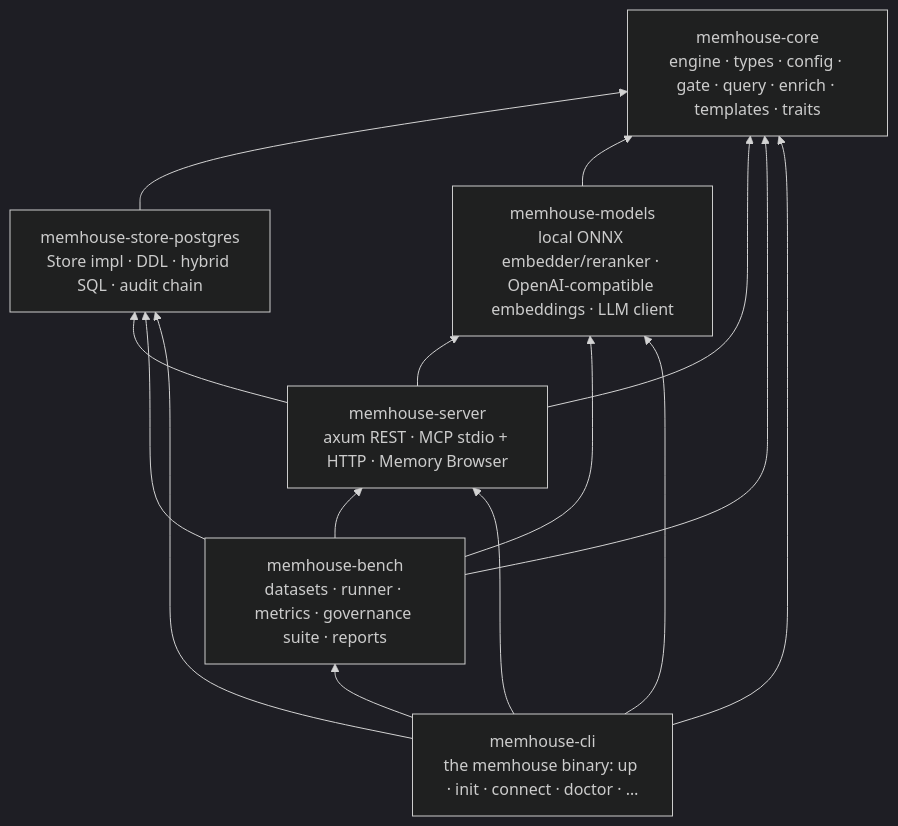
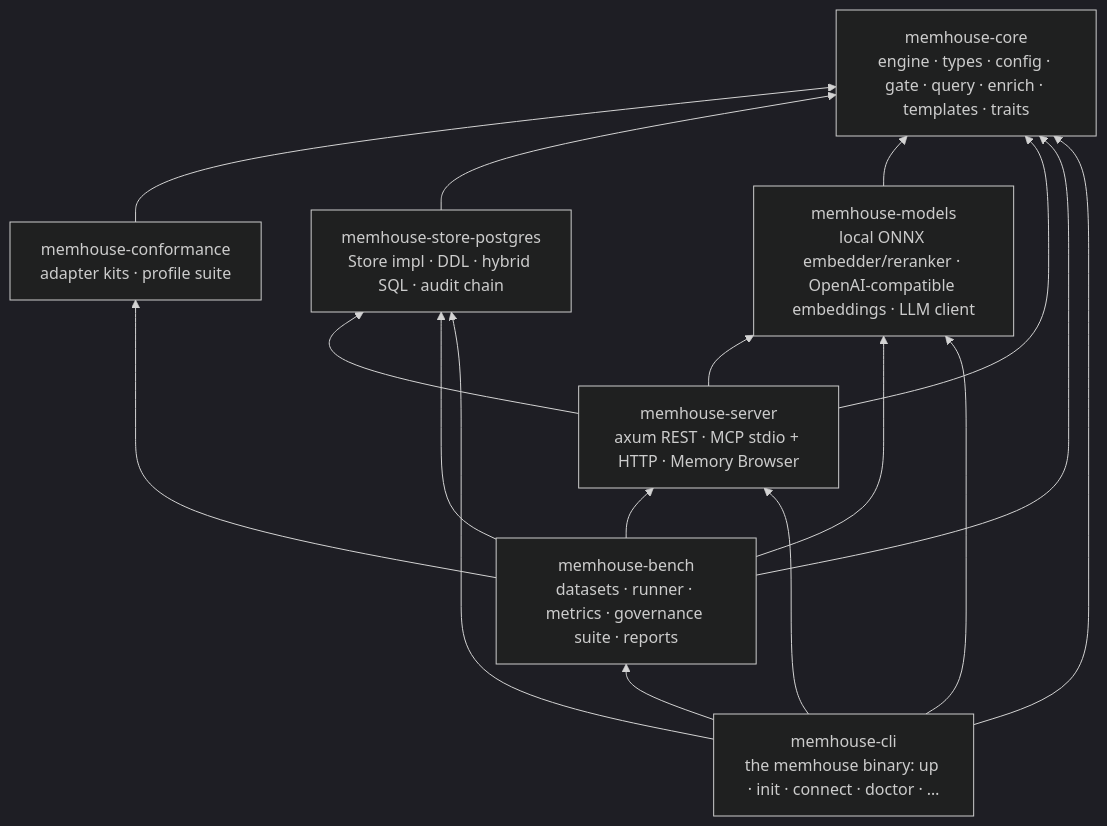
One commit to memhousehq/memhouse changed the first of 4 diagrams in docs/development.md. Above: the diagram before and after it, drawn with Mermaid (dark theme). The commit also changed other lines of this file and 25 other files, not shown here.

First line of the commit message:
G15: adapter conformance kits and the profile suite (#32)

````diff
--- a/docs/development.md
+++ b/docs/development.md
@@ -27,14 +27,17 @@
 ```mermaid
 flowchart BT
     core[memhouse-core<br/>engine · types · config · gate · query · enrich · templates · traits]
     pg[memhouse-store-postgres<br/>Store impl · DDL · hybrid SQL · audit chain]
     models[memhouse-models<br/>local ONNX embedder/reranker · OpenAI-compatible embeddings · LLM client]
     server[memhouse-server<br/>axum REST · MCP stdio + HTTP · Memory Browser]
     bench[memhouse-bench<br/>datasets · runner · metrics · governance suite · reports]
     cli[memhouse-cli<br/>the memhouse binary: up · init · connect · doctor · …]
+    kit[memhouse-conformance<br/>adapter kits · profile suite]
+    kit --> core
+    bench --> kit
     pg --> core
     models --> core
     server --> core & pg & models
     bench --> core & pg & models & server
     cli --> core & pg & models & server & bench
 ```
````
